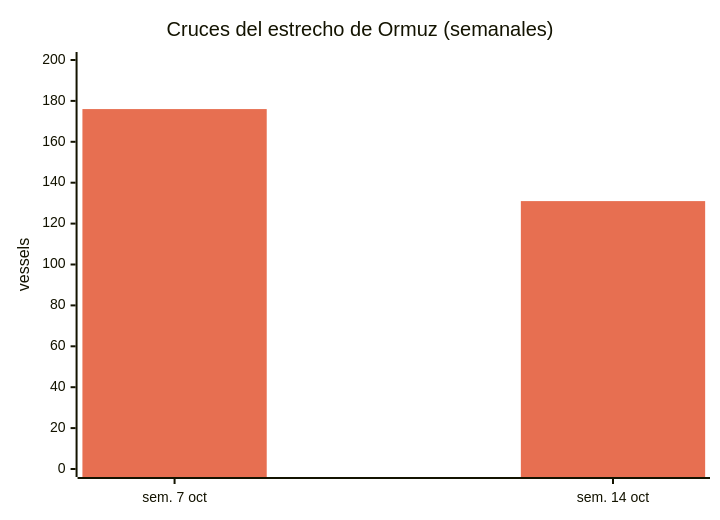
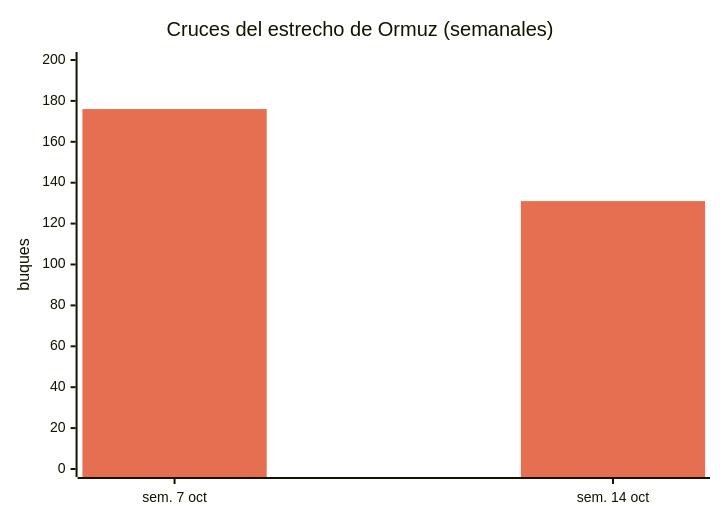
The first of 19 diagrams in Global-Trade-Intelligence-weekly-2026-10-19/index.es.md (dureach/research), drawn with Mermaid before and after one commit. The commit also changed other lines of this file and 5 other files, not shown here.

````diff
--- a/Global-Trade-Intelligence-weekly-2026-10-19/index.es.md
+++ b/Global-Trade-Intelligence-weekly-2026-10-19/index.es.md
@@ -108,8 +108,8 @@
 ```mermaid
 %%{init: {'theme': 'base', 'themeVariables': {'xyChart': {'plotColorPalette': '#e76f51'}}}}%%
 xychart-beta
     title "Cruces del estrecho de Ormuz (semanales)"
     x-axis ["sem. 7 oct", "sem. 14 oct"]
-    y-axis "vessels" 0 --> 200
+    y-axis "buques" 0 --> 200
     bar [176, 131]
 ```
````
